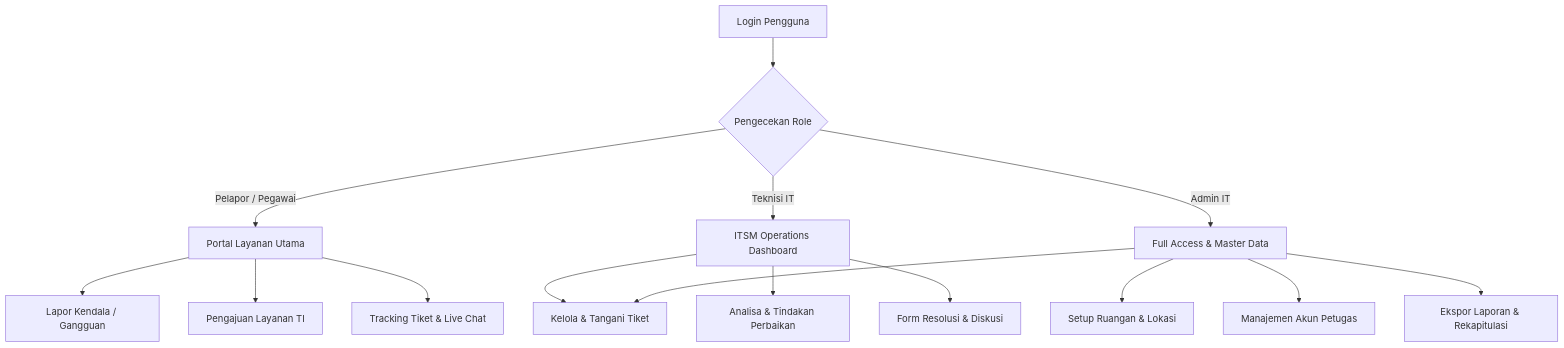
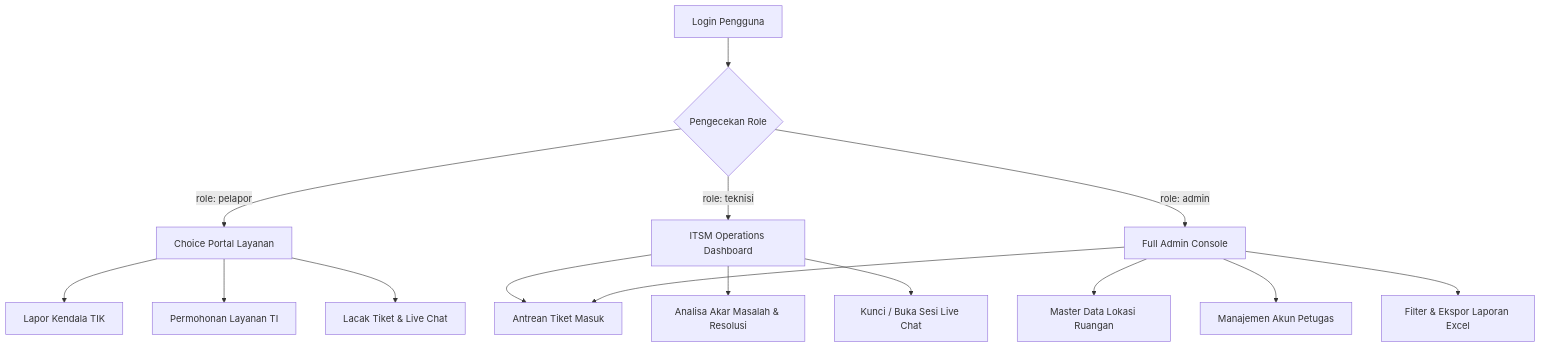
Before and after one commit to Sultan-ci90/itsm-bpom: the first of 6 diagrams in README.md, drawn with Mermaid. The commit also changed other lines of this file and 9 other files, not shown here.

````diff
--- a/README.md
+++ b/README.md
@@ -51,20 +62,20 @@
 ```mermaid
 graph TD
-    A[Login Pengguna] --> B{Pengecekan Role}
-    B -->|Pelapor / Pegawai| C[Portal Layanan Utama]
-    B -->|Teknisi IT| D[ITSM Operations Dashboard]
-    B -->|Admin IT| E[Full Access & Master Data]
+    A["Login Pengguna"] --> B{"Pengecekan Role"}
+    B -->|role: pelapor| C["Choice Portal Layanan"]
+    B -->|role: teknisi| D["ITSM Operations Dashboard"]
+    B -->|role: admin| E["Full Admin Console"]
 
-    C --> C1[Lapor Kendala / Gangguan]
-    C --> C2[Pengajuan Layanan TI]
-    C --> C3[Tracking Tiket & Live Chat]
+    C --> C1["Lapor Kendala TIK"]
+    C --> C2["Permohonan Layanan TI"]
+    C --> C3["Lacak Tiket & Live Chat"]
 
-    D --> D1[Kelola & Tangani Tiket]
-    D --> D2[Analisa & Tindakan Perbaikan]
-    D --> D3[Form Resolusi & Diskusi]
+    D --> D1["Antrean Tiket Masuk"]
+    D --> D2["Analisa Akar Masalah & Resolusi"]
+    D --> D3["Kunci / Buka Sesi Live Chat"]
 
     E --> D1
-    E --> E1[Setup Ruangan & Lokasi]
-    E --> E2[Manajemen Akun Petugas]
-    E --> E3[Ekspor Laporan & Rekapitulasi]
+    E --> E1["Master Data Lokasi Ruangan"]
+    E --> E2["Manajemen Akun Petugas"]
+    E --> E3["Filter & Ekspor Laporan Excel"]
 ```
````
